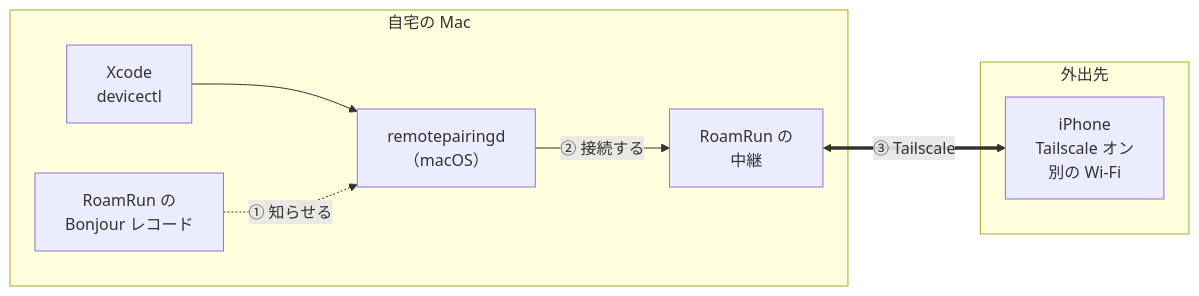
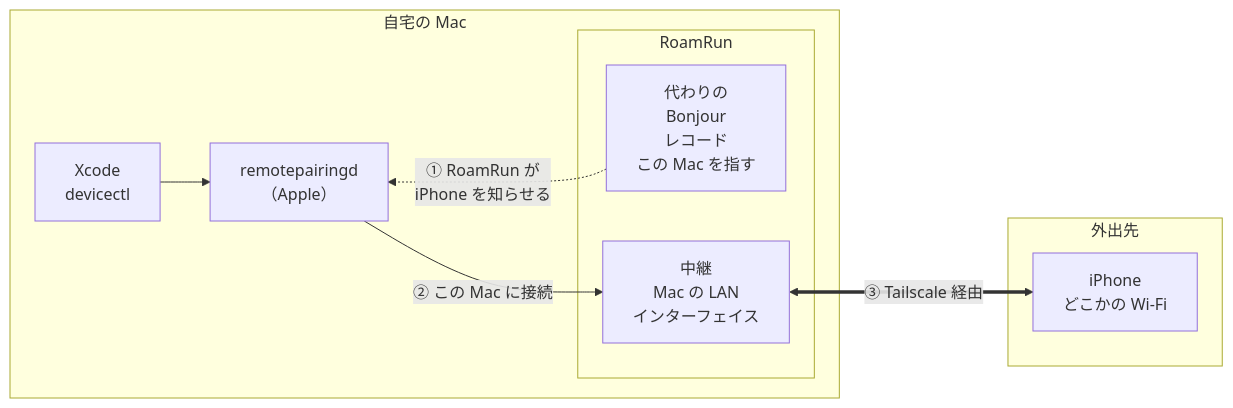
The diagram in README.ja.md (mh-mobile/RoamRun), drawn with Mermaid before and after one commit. The commit also changed 3 other files, not shown here.

First line of the commit message:
README, How it works: the first diagram groups RoamRun's two parts

````diff
--- a/README.ja.md
+++ b/README.ja.md
@@ -23,12 +23,17 @@
 ```mermaid
 flowchart LR
   subgraph mac["自宅の Mac"]
-    xcode["Xcode<br/>devicectl"] --> rpd["remotepairingd<br/>（macOS）"]
-    fake["RoamRun の<br/>Bonjour レコード"] -. "① 知らせる" .-> rpd
-    rpd -- "② 接続する" --> relay["RoamRun の<br/>中継"]
+    xcode["Xcode<br/>devicectl"] --> rpd["remotepairingd<br/>（Apple）"]
+    subgraph rr["RoamRun"]
+      fake["代わりの<br/>Bonjour<br/>レコード<br/>この Mac を指す"]
+      relay["中継<br/>Mac の LAN<br/>インターフェイス"]
+    end
+    rpd ~~~ fake
+    fake -. "① RoamRun が<br/>iPhone を知らせる" .-> rpd
+    rpd -- "② この Mac に接続" --> relay
   end
   subgraph away["外出先"]
-    iphone["iPhone<br/>Tailscale オン<br/>別の Wi-Fi"]
+    iphone["iPhone<br/>どこかの Wi-Fi"]
   end
-  relay <== "③ Tailscale" ==> iphone
+  relay <== "③ Tailscale 経由" ==> iphone
 ```
````
